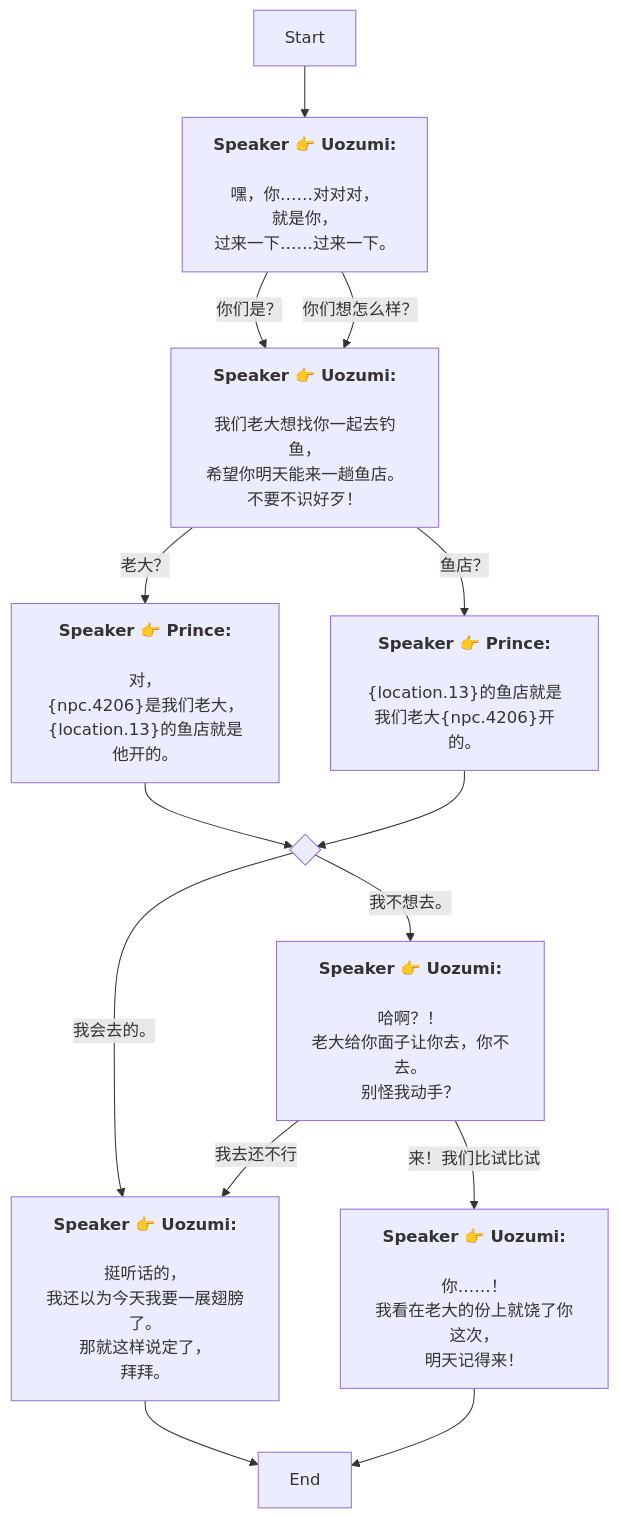
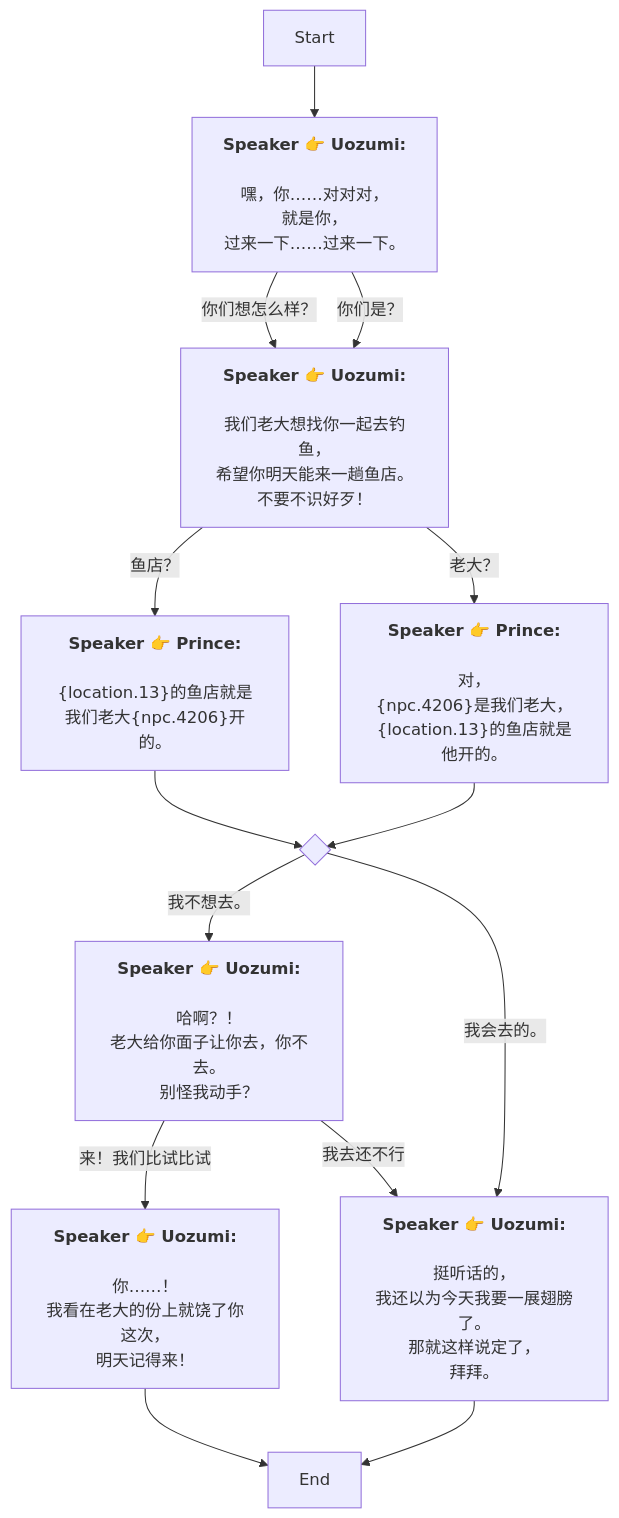
The diagram in Zh/QuestStartTalkENode_1756252907624665.md (SoftHu/tos_avg), drawn with Mermaid before and after one commit. The commit also changed other lines of this file and 780 other files, not shown here.

````diff
--- a/Zh/QuestStartTalkENode_1756252907624665.md
+++ b/Zh/QuestStartTalkENode_1756252907624665.md
@@ -1,42 +1,42 @@
 ```mermaid
 graph
 Start -->1756252963994844[<b>Speaker 👉 Uozumi:</b>
 \n嘿，你……对对对，
 就是你，
 过来一下……过来一下。]
+1756252963994844 -->|你们想怎么样？|1756253006232805[<b>Speaker 👉 Uozumi:</b>
+\n我们老大想找你一起去钓鱼，
+希望你明天能来一趟鱼店。
+不要不识好歹！]
 1756252963994844 -->|你们是？|1756253006232805[<b>Speaker 👉 Uozumi:</b>
 \n我们老大想找你一起去钓鱼，
 希望你明天能来一趟鱼店。
 不要不识好歹！]
-1756252963994844 -->|你们想怎么样？|1756253006232805[<b>Speaker 👉 Uozumi:</b>
-\n我们老大想找你一起去钓鱼，
-希望你明天能来一趟鱼店。
-不要不识好歹！]
+1756253006232805 -->|鱼店？|1756253083186413[<b>Speaker 👉 Prince:</b>
+\n&lbrace;location.13&rbrace;的鱼店就是我们老大&lbrace;npc.4206&rbrace;开的。]
 1756253006232805 -->|老大？|1756253051721963[<b>Speaker 👉 Prince:</b>
 \n对，
 &lbrace;npc.4206&rbrace;是我们老大，
 &lbrace;location.13&rbrace;的鱼店就是他开的。]
-1756253006232805 -->|鱼店？|1756253083186413[<b>Speaker 👉 Prince:</b>
-\n&lbrace;location.13&rbrace;的鱼店就是我们老大&lbrace;npc.4206&rbrace;开的。]
 1756253051721963 -->439063262930490{ }
 1756253146034419 -->1756253275416827[End]
+1756253182380276 -->|来！我们比试比试|1756253236786426[<b>Speaker 👉 Uozumi:</b>
+\n你……！
+我看在老大的份上就饶了你这次，
+明天记得来！]
 1756253182380276 -->|我去还不行|1756253146034419[<b>Speaker 👉 Uozumi:</b>
 \n挺听话的，
 我还以为今天我要一展翅膀了。\n那就这样说定了，
 拜拜。]
-1756253182380276 -->|来！我们比试比试|1756253236786426[<b>Speaker 👉 Uozumi:</b>
-\n你……！
-我看在老大的份上就饶了你这次，
-明天记得来！]
 1756253236786426 -->1756253275416827[End]
 1756253083186413 -->439063262930490{ }
+439063262930490 -->|我不想去。|1756253182380276[<b>Speaker 👉 Uozumi:</b>
+\n哈啊？！
+老大给你面子让你去，你不去。
+别怪我动手？]
 439063262930490 -->|我会去的。|1756253146034419[<b>Speaker 👉 Uozumi:</b>
 \n挺听话的，
 我还以为今天我要一展翅膀了。\n那就这样说定了，
 拜拜。]
-439063262930490 -->|我不想去。|1756253182380276[<b>Speaker 👉 Uozumi:</b>
-\n哈啊？！
-老大给你面子让你去，你不去。
-别怪我动手？]
 
 ```
````
